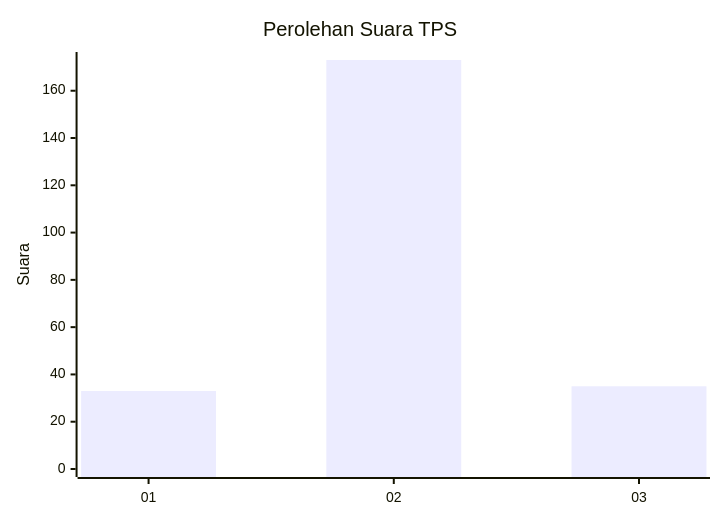
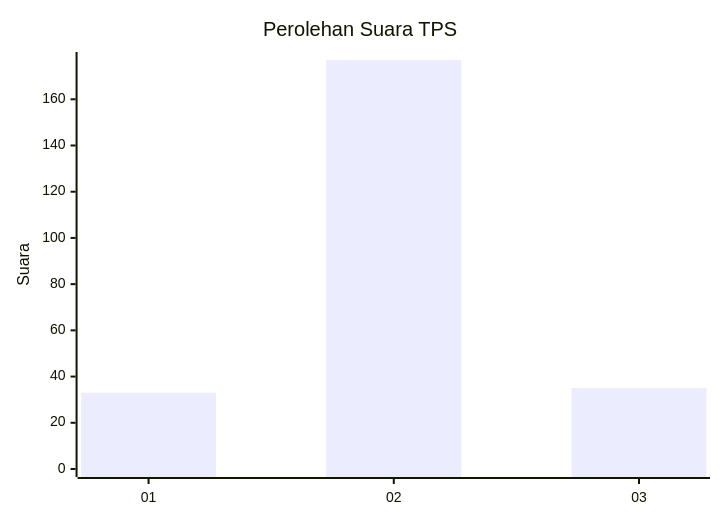
One commit to gigit-pemilu/pemilu-2024-52-nusa-tenggara-barat changed the first of 2 diagrams in pilpres/hitung-suara/sub/52-nusa-tenggara-barat/sub/01-lombok-barat/sub/12-lingsar/sub/2006-langko/sub/021-tps/README.md. Above: the diagram before and after it, drawn with Mermaid. The commit also changed other lines of this file and 103 other files, not shown here.

````diff
--- a/pilpres/hitung-suara/sub/52-nusa-tenggara-barat/sub/01-lombok-barat/sub/12-lingsar/sub/2006-langko/sub/021-tps/README.md
+++ b/pilpres/hitung-suara/sub/52-nusa-tenggara-barat/sub/01-lombok-barat/sub/12-lingsar/sub/2006-langko/sub/021-tps/README.md
@@ -5,7 +5,7 @@
 ```mermaid
 xychart-beta
     title "Perolehan Suara TPS"
     x-axis [01, 02, 03]
-    y-axis "Suara" 0 --> 173
-    bar [33, 173, 35]
+    y-axis "Suara" 0 --> 177
+    bar [33, 177, 35]
 ```
````
